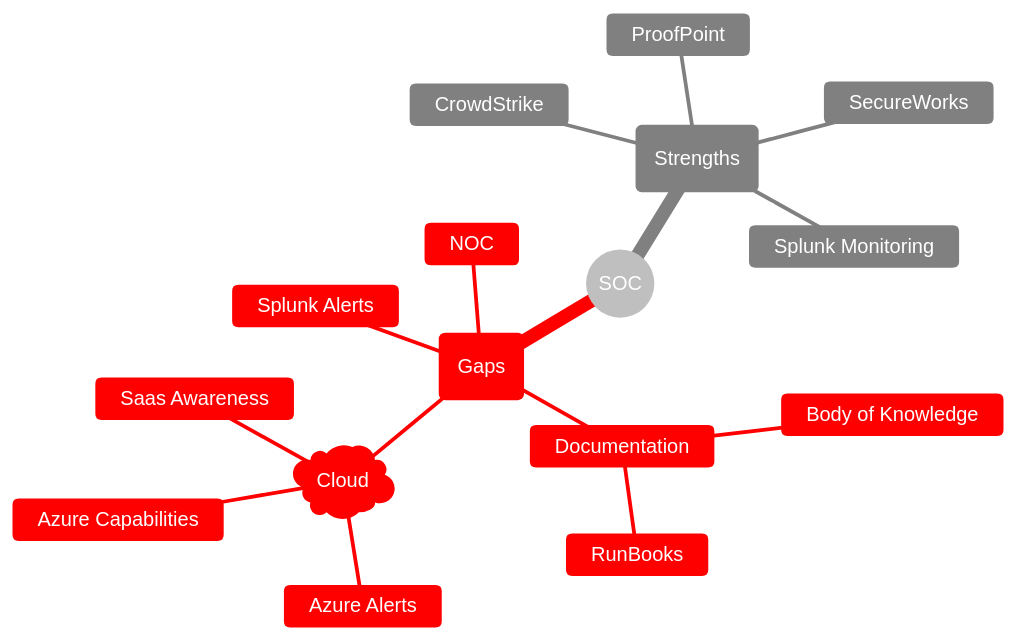
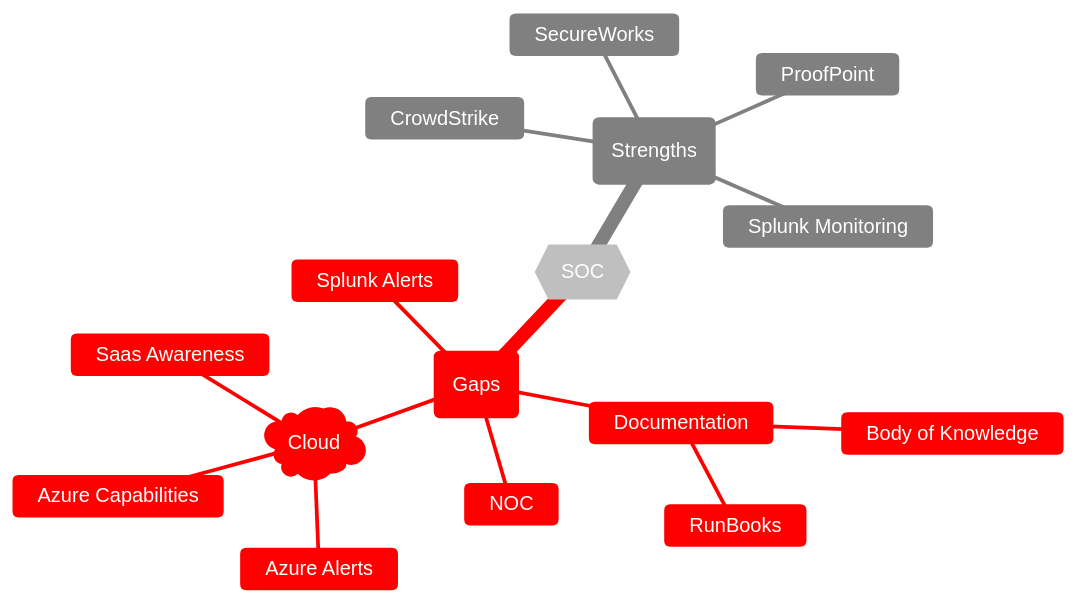
Before and after one commit to stahler/MermaidDiagrams: the diagram in SOCGaps.md, drawn with Mermaid.

Commit message:
Update SocGaps

````diff
--- a/SOCGaps.md
+++ b/SOCGaps.md
@@ -1,20 +1,20 @@
 ```mermaid
 %%{init:{'theme':'base', 'themeVariables': {'primaryColor':'#FFFFFF','primaryTextColor':'#FFFFFF','cScale1':'#808080','cScale2':'#ff0000'}}}%%
 mindmap
-    root((SOC))
+    root{{SOC}}
         (Strengths)
             CrowdStrike
             ProofPoint
             SecureWorks
             Splunk Monitoring
         (Gaps)
             Splunk Alerts
             Documentation
                 Body of Knowledge
                 RunBooks
             id)Cloud( 
                 Azure Alerts
                 Azure Capabilities
                 Saas Awareness
             NOC
 ```
````
